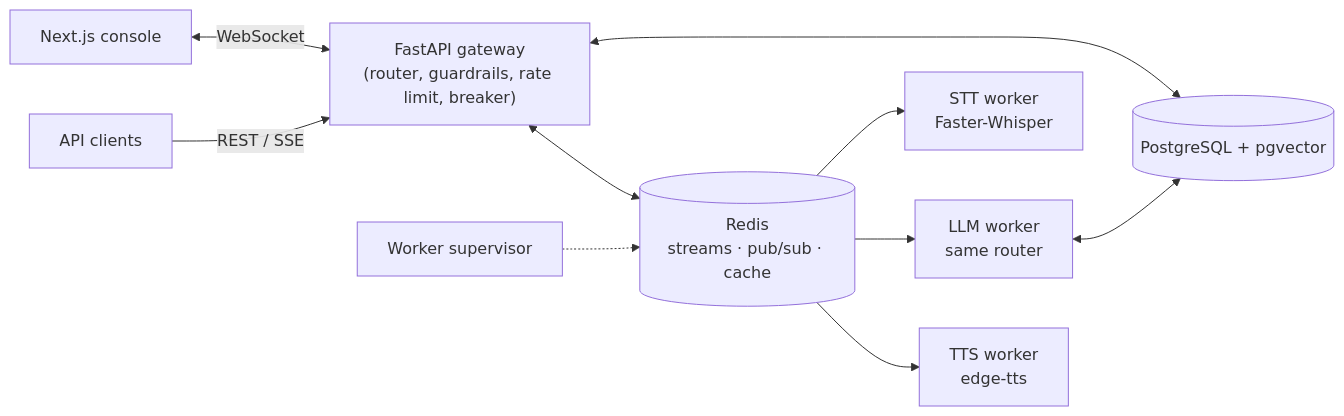
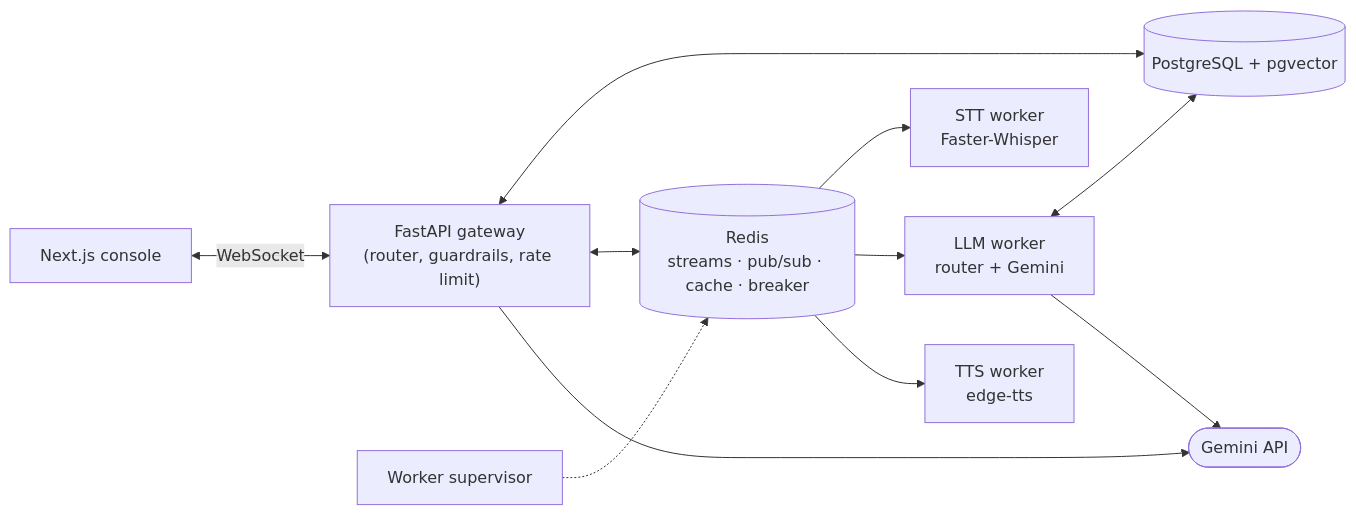
The diagram in README.md (pratyushkandari/voxa-voice-customer-support), drawn with Mermaid before and after one commit. The commit also changed other lines of this file and 2 other files, not shown here.

First line of the commit message:
docs: describe Gemini replies, console voice and the new failure modes

````diff
--- a/README.md
+++ b/README.md
@@ -38,12 +41,13 @@
 ```mermaid
 flowchart LR
     Browser["Next.js console"] <-->|WebSocket| Gateway
-    API["API clients"] -->|REST / SSE| Gateway
-    Gateway["FastAPI gateway<br/>(router, guardrails, rate limit, breaker)"] <--> PG[("PostgreSQL + pgvector")]
-    Gateway <--> Redis[("Redis<br/>streams · pub/sub · cache")]
+    Gateway["FastAPI gateway<br/>(router, guardrails, rate limit)"] <--> PG[("PostgreSQL + pgvector")]
+    Gateway <--> Redis[("Redis<br/>streams · pub/sub · cache · breaker")]
+    Gateway --> Gemini(["Gemini API"])
     Redis --> STT["STT worker<br/>Faster-Whisper"]
-    Redis --> LLM["LLM worker<br/>same router"]
+    Redis --> LLM["LLM worker<br/>router + Gemini"]
     Redis --> TTS["TTS worker<br/>edge-tts"]
     LLM <--> PG
+    LLM --> Gemini
     Supervisor["Worker supervisor"] -.-> Redis
 ```
````
